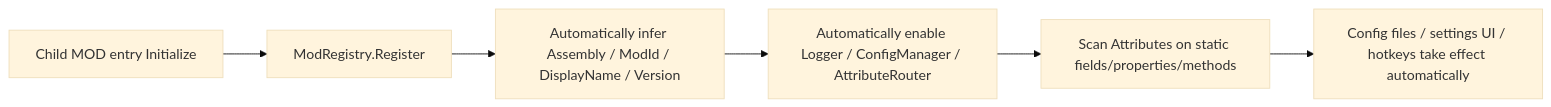
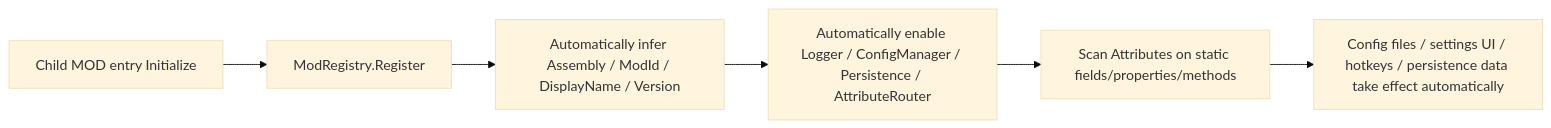
Before and after one commit to JMC-Mods/SlayTheSpire2_JmcModLib: the diagram in docs/JML_QuickStart_en.md, drawn with Mermaid (base theme). The commit also changed other lines of this file and 35 other files, not shown here.

````diff
--- a/docs/JML_QuickStart_en.md
+++ b/docs/JML_QuickStart_en.md
@@ -12,8 +12,8 @@
 ```mermaid
 flowchart LR
     A[Child MOD entry Initialize] --> B[ModRegistry.Register<MainFile>]
     B --> C[Automatically infer Assembly / ModId / DisplayName / Version]
-    C --> D[Automatically enable Logger / ConfigManager / AttributeRouter]
+    C --> D[Automatically enable Logger / ConfigManager / Persistence / AttributeRouter]
     D --> E[Scan Attributes on static fields/properties/methods]
-    E --> F[Config files / settings UI / hotkeys take effect automatically]
+    E --> F[Config files / settings UI / hotkeys / persistence data take effect automatically]
 ```
````
